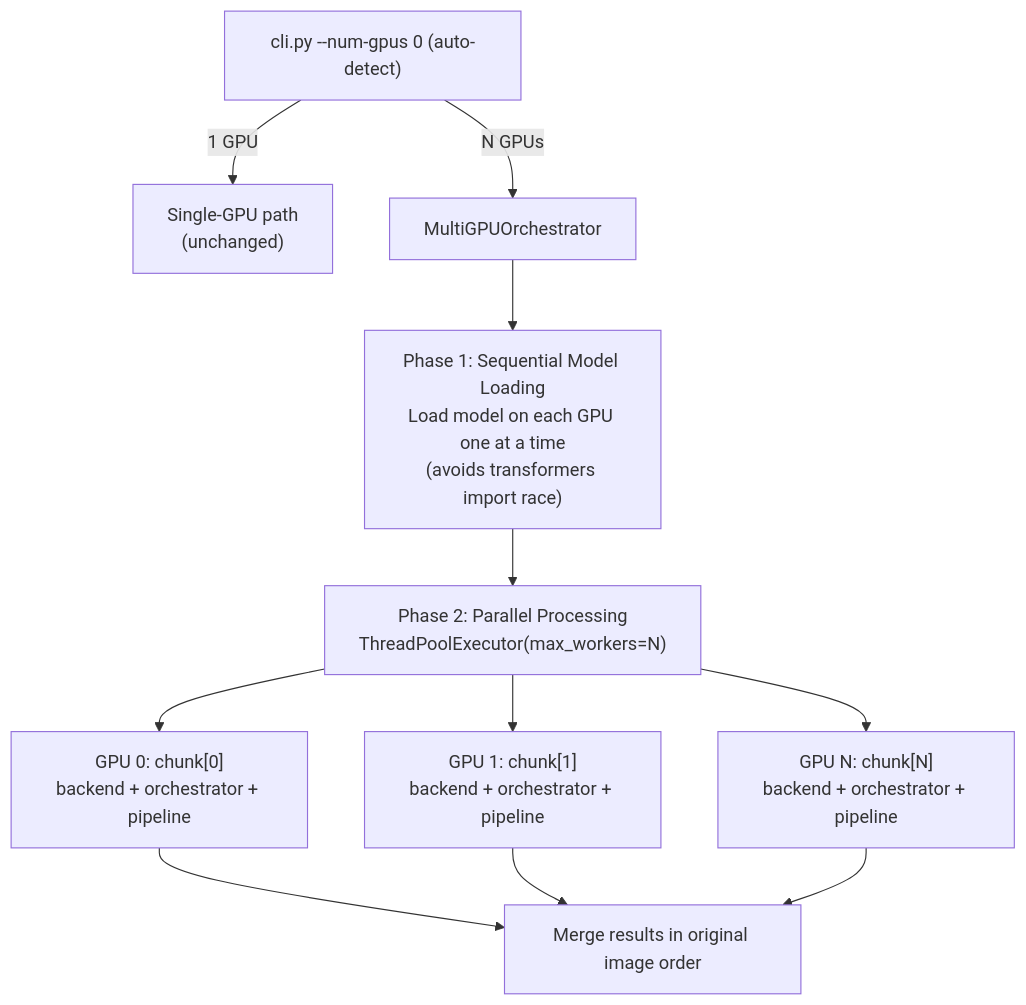
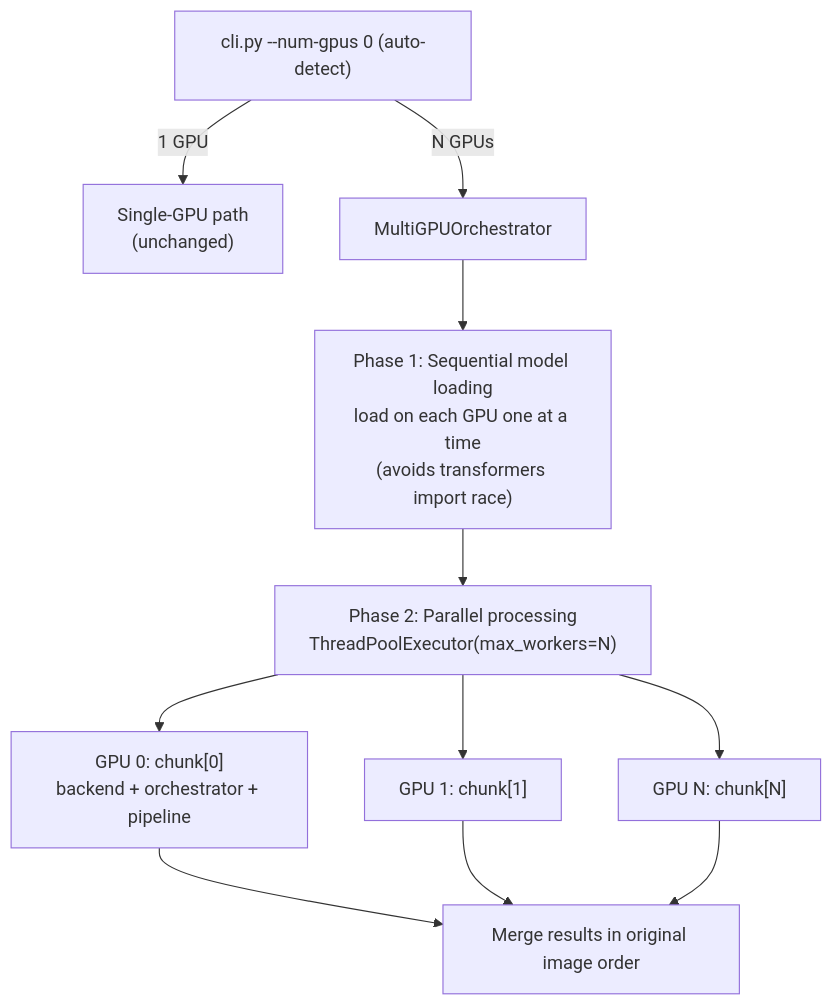
One commit to tmnestor/LMM_POC changed the sixth of 6 diagrams in README.md. Above: the diagram before and after it, drawn with Mermaid. The commit also changed other lines of this file, not shown here.

Commit message:
docs: rewrite README for agentic extraction engine architecture

````diff
--- a/README.md
+++ b/README.md
@@ -1029,17 +1078,17 @@
 ```mermaid
 graph TD
     CLI["cli.py --num-gpus 0 (auto-detect)"]
-    CLI -->|"1 GPU"| SINGLE["Single-GPU path<br/>(unchanged)"]
-    CLI -->|"N GPUs"| ORCH["MultiGPUOrchestrator"]
+    CLI -->|1 GPU| SINGLE["Single-GPU path<br/>(unchanged)"]
+    CLI -->|N GPUs| ORCH["MultiGPUOrchestrator"]
 
-    ORCH --> PHASE1["Phase 1: Sequential Model Loading<br/>Load model on each GPU one at a time<br/>(avoids transformers import race)"]
-    PHASE1 --> PHASE2["Phase 2: Parallel Processing<br/>ThreadPoolExecutor(max_workers=N)"]
+    ORCH --> PHASE1["Phase 1: Sequential model loading<br/>load on each GPU one at a time<br/>(avoids transformers import race)"]
+    PHASE1 --> PHASE2["Phase 2: Parallel processing<br/>ThreadPoolExecutor(max_workers=N)"]
 
     PHASE2 --> GPU0["GPU 0: chunk[0]<br/>backend + orchestrator + pipeline"]
-    PHASE2 --> GPU1["GPU 1: chunk[1]<br/>backend + orchestrator + pipeline"]
-    PHASE2 --> GPUN["GPU N: chunk[N]<br/>backend + orchestrator + pipeline"]
+    PHASE2 --> GPU1["GPU 1: chunk[1]"]
+    PHASE2 --> GPUN["GPU N: chunk[N]"]
 
     GPU0 --> MERGE["Merge results in original image order"]
     GPU1 --> MERGE
     GPUN --> MERGE
 ```
````
